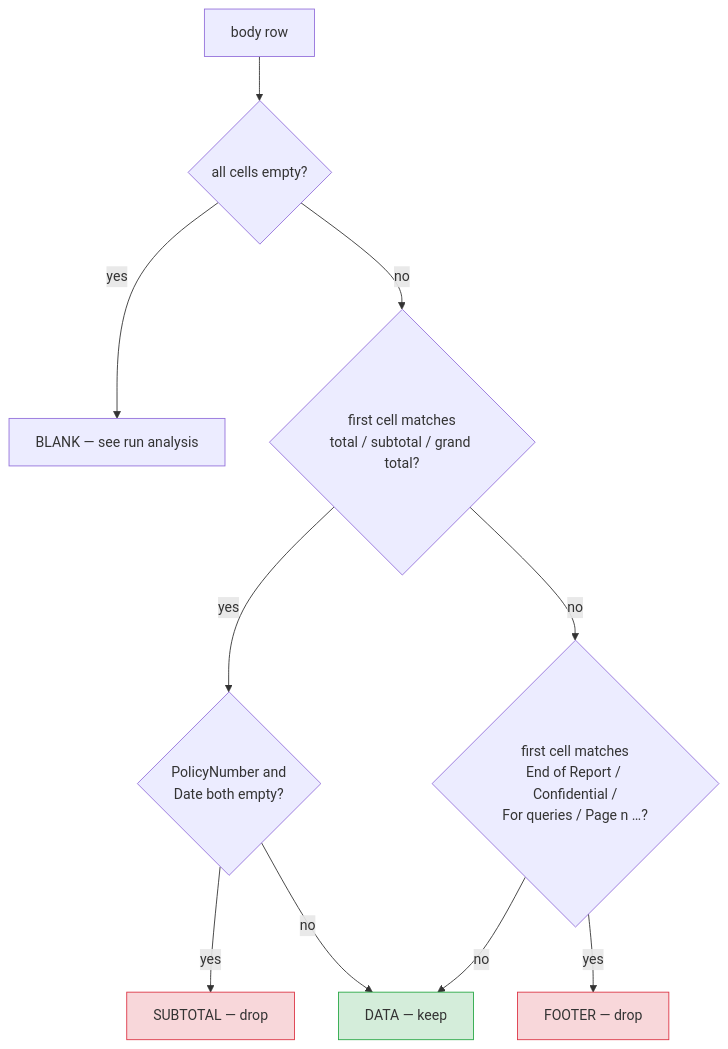
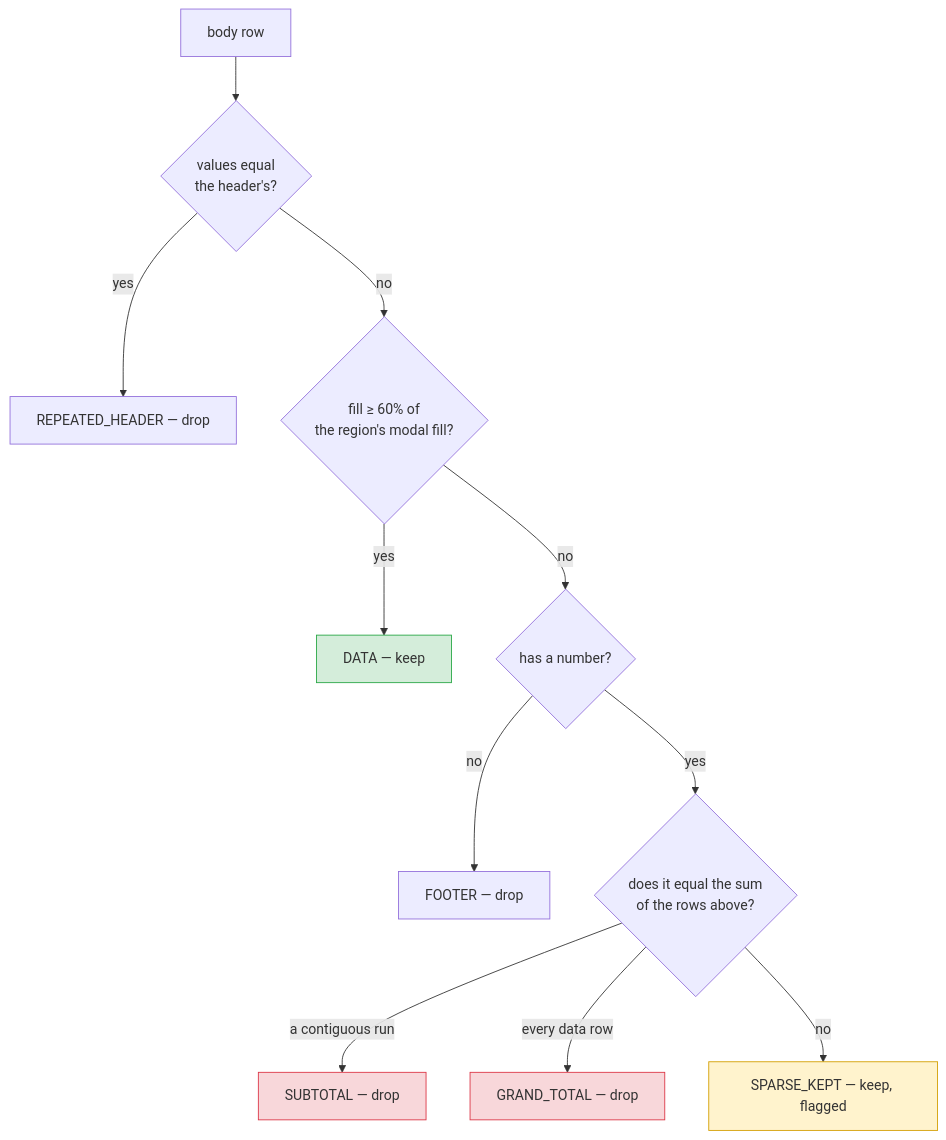
One commit to rahul-neogi-exavalu/Dirty_excel_cleaner changed the third of 4 diagrams in ARCHITECTURE.md. Above: the diagram before and after it, drawn with Mermaid. The commit also changed other lines of this file and 48 other files, not shown here.

````diff
--- a/ARCHITECTURE.md
+++ b/ARCHITECTURE.md
@@ -191,16 +186,18 @@
 ```mermaid
 flowchart TD
-    ROW["body row"] --> BL{"all cells empty?"}
-    BL -->|yes| BLANK["BLANK — see run analysis"]
-    BL -->|no| ST{"first cell matches<br/>total / subtotal / grand total?"}
-    ST -->|yes| STK{"PolicyNumber and<br/>Date both empty?"}
-    STK -->|yes| SUB["SUBTOTAL — drop"]
-    STK -->|no| DATA["DATA — keep"]
-    ST -->|no| FT{"first cell matches<br/>End of Report / Confidential /<br/>For queries / Page n …?"}
-    FT -->|yes| FOOT["FOOTER — drop"]
-    FT -->|no| DATA
+    ROW["body row"] --> RH{"values equal<br/>the header's?"}
+    RH -->|yes| REP["REPEATED_HEADER — drop"]
+    RH -->|no| SP{"fill ≥ 60% of<br/>the region's modal fill?"}
+    SP -->|yes| DATA["DATA — keep"]
+    SP -->|no| NUM{"has a number?"}
+    NUM -->|no| FOOT["FOOTER — drop"]
+    NUM -->|yes| AR{"does it equal the sum<br/>of the rows above?"}
+    AR -->|"a contiguous run"| SUB["SUBTOTAL — drop"]
+    AR -->|"every data row"| GT["GRAND_TOTAL — drop"]
+    AR -->|no| KEPT["SPARSE_KEPT — keep, flagged"]
 
     style DATA fill:#d4edda,stroke:#28a745
+    style KEPT fill:#fff3cd,stroke:#d39e00
     style SUB fill:#f8d7da,stroke:#dc3545
-    style FOOT fill:#f8d7da,stroke:#dc3545
+    style GT fill:#f8d7da,stroke:#dc3545
 ```
````
